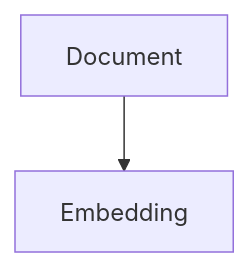
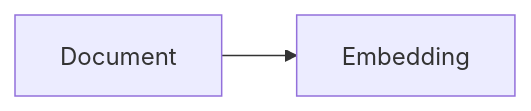
One commit to arminwitte/fileraven changed the diagram in README.md. Above: the diagram before and after it, drawn with Mermaid.

Commit message:
Aktualisieren von README.md

````diff
--- a/README.md
+++ b/README.md
@@ -5,4 +5,4 @@
 ```mermaid
-graph TD
-A[Document] --> B[Embedding]
+graph LR
+    A[Document] --> B[Embedding]
 ```
````
